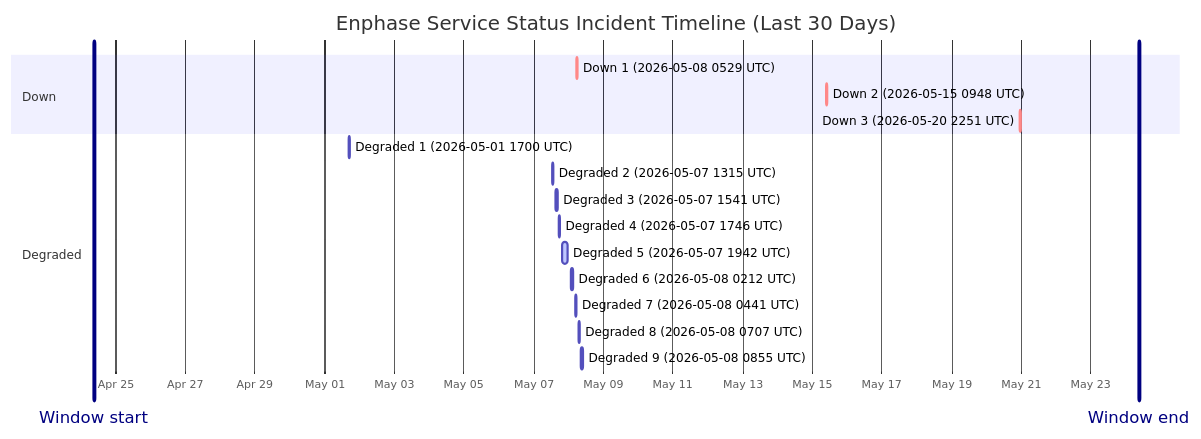
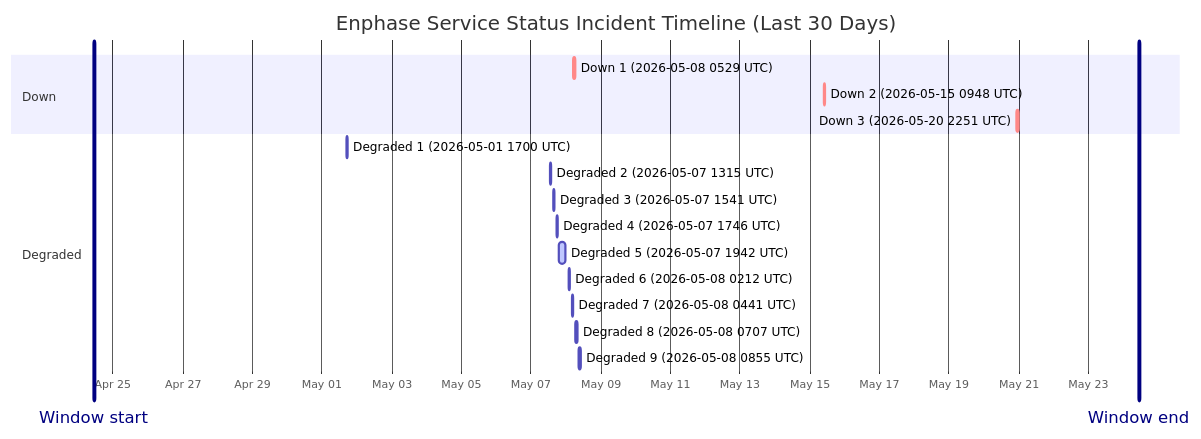
Before and after one commit to barneyonline/ha-enphase-ev-charger: the diagram in wiki/Service-Status-History.md, drawn with Mermaid. The commit also changed other lines of this file and 3 other files, not shown here.

````diff
--- a/wiki/Service-Status-History.md
+++ b/wiki/Service-Status-History.md
@@ -14,22 +14,22 @@
 ```mermaid
 gantt
     title Enphase Service Status Incident Timeline (Last 30 Days)
     dateFormat  YYYY-MM-DDTHH:mm:ss
     axisFormat  %b %d
-    Window start :vert, window-start, 2026-04-24T09:04:47, 0ms
-    Window end :vert, window-end, 2026-05-24T09:04:47, 0ms
+    Window start :vert, window-start, 2026-04-24T10:54:00, 0ms
+    Window end :vert, window-end, 2026-05-24T10:54:00, 0ms
     section Down
     Down 1 (2026-05-08 0529 UTC) :crit, down-1, 2026-05-08T05:29:47, 60m
     Down 2 (2026-05-15 0948 UTC) :crit, down-2, 2026-05-15T09:48:18, 60m
     Down 3 (2026-05-20 2251 UTC) :crit, down-3, 2026-05-20T22:51:14, 75m
     section Degraded
     Degraded 1 (2026-05-01 1700 UTC) :active, degraded-1, 2026-05-01T17:00:22, 60m
     Degraded 2 (2026-05-07 1315 UTC) :active, degraded-2, 2026-05-07T13:15:25, 60m
     Degraded 3 (2026-05-07 1541 UTC) :active, degraded-3, 2026-05-07T15:41:58, 60m
     Degraded 4 (2026-05-07 1746 UTC) :active, degraded-4, 2026-05-07T17:46:51, 60m
     Degraded 5 (2026-05-07 1942 UTC) :active, degraded-5, 2026-05-07T19:42:10, 249m
     Degraded 6 (2026-05-08 0212 UTC) :active, degraded-6, 2026-05-08T02:12:39, 60m
     Degraded 7 (2026-05-08 0441 UTC) :active, degraded-7, 2026-05-08T04:41:46, 60m
     Degraded 8 (2026-05-08 0707 UTC) :active, degraded-8, 2026-05-08T07:07:30, 60m
     Degraded 9 (2026-05-08 0855 UTC) :active, degraded-9, 2026-05-08T08:55:20, 88m
 ```
````
